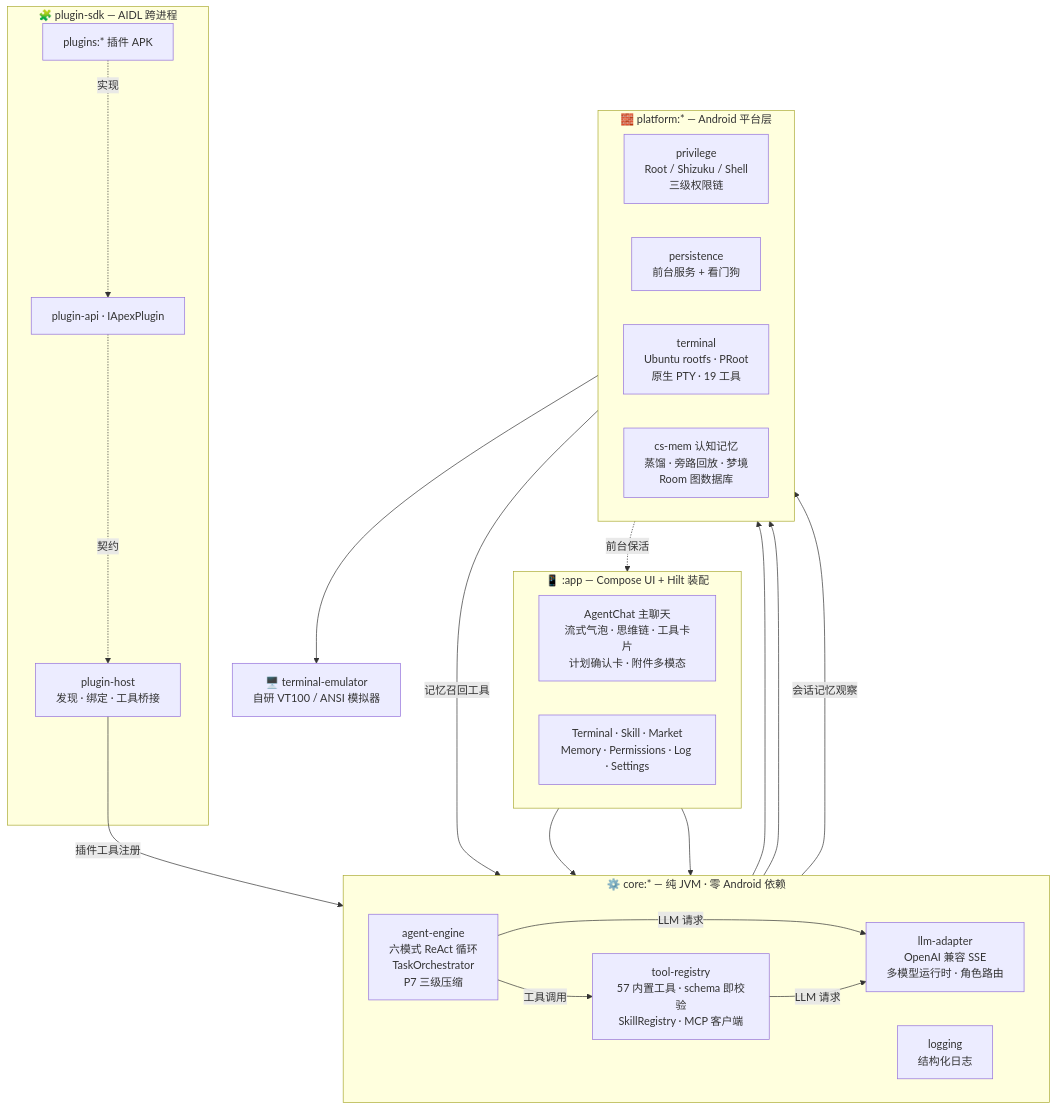
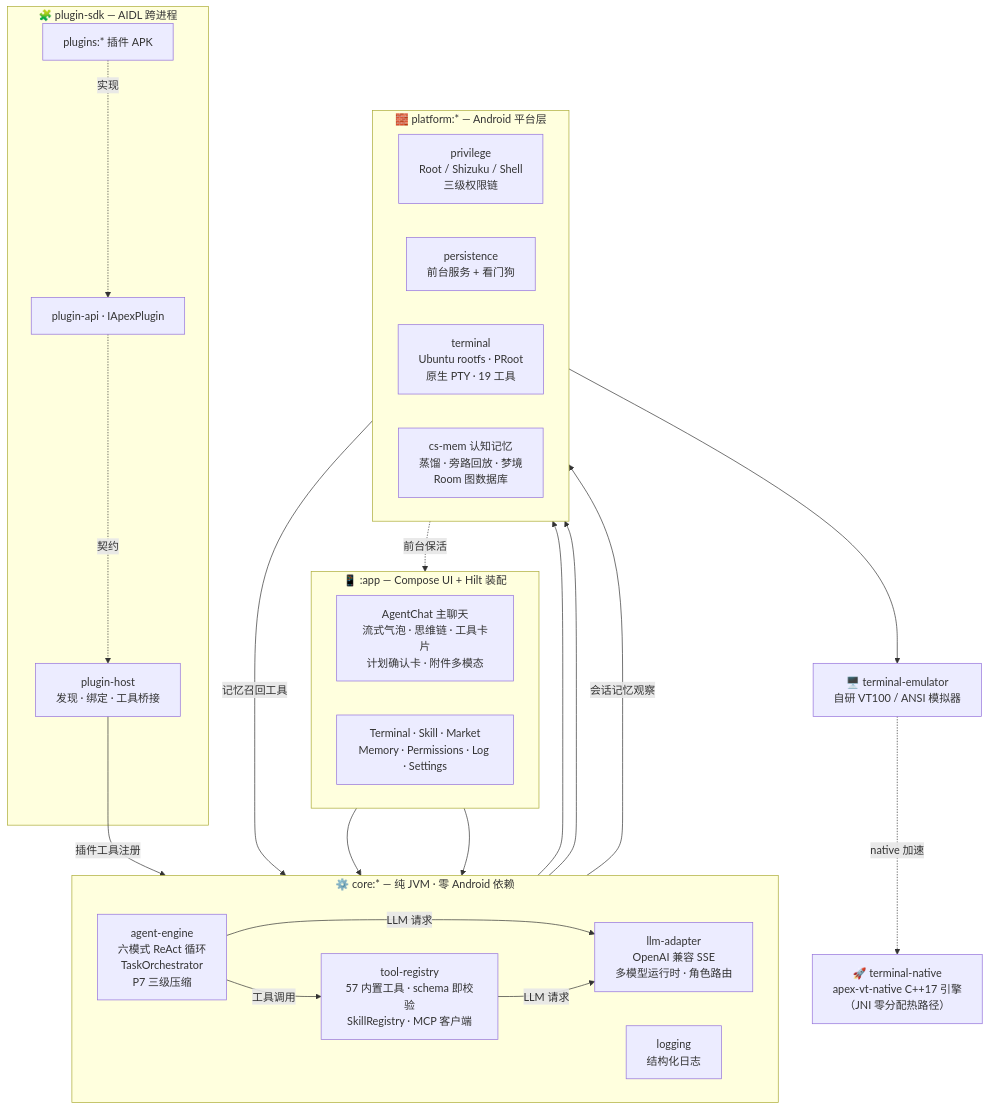
One commit to AceGuru-mjh/Android-Guru-Agent changed the first of 5 diagrams in README.md. Above: the diagram before and after it, drawn with Mermaid. The commit also changed other lines of this file and 25 other files, not shown here.

First line of the commit message:
feat(terminal-native): C++17 零分配 VT 引擎接入 —— apex-vt-native vendored + TerminalEngine 抽象 + 运行时回退工厂

````diff
--- a/README.md
+++ b/README.md
@@ -245,47 +245,49 @@
 ```mermaid
 flowchart TB
     subgraph APP["📱 :app — Compose UI + Hilt 装配"]
         direction LR
         CHAT["AgentChat 主聊天<br/>流式气泡 · 思维链 · 工具卡片<br/>计划确认卡 · 附件多模态"]
         SCREENS["Terminal · Skill · Market<br/>Memory · Permissions · Log · Settings"]
     end
 
     subgraph CORE["⚙️ core:* — 纯 JVM · 零 Android 依赖"]
         direction LR
         ENGINE["agent-engine<br/>六模式 ReAct 循环<br/>TaskOrchestrator<br/>P7 三级压缩"]
         TOOLS["tool-registry<br/>57 内置工具 · schema 即校验<br/>SkillRegistry · MCP 客户端"]
         LLM["llm-adapter<br/>OpenAI 兼容 SSE<br/>多模型运行时 · 角色路由"]
         LOGC["logging<br/>结构化日志"]
     end
 
     subgraph PLAT["🧱 platform:* — Android 平台层"]
         direction LR
         PRIV["privilege<br/>Root / Shizuku / Shell<br/>三级权限链"]
         PERSIST["persistence<br/>前台服务 + 看门狗"]
         TERM["terminal<br/>Ubuntu rootfs · PRoot<br/>原生 PTY · 19 工具"]
         CSMEM["cs-mem 认知记忆<br/>蒸馏 · 旁路回放 · 梦境<br/>Room 图数据库"]
     end
 
     VTE["🖥️ terminal-emulator<br/>自研 VT100 / ANSI 模拟器"]
+    VTN["🚀 terminal-native<br/>apex-vt-native C++17 引擎<br/>（JNI 零分配热路径）"]
 
     subgraph PLUG["🧩 plugin-sdk — AIDL 跨进程"]
         PAPI["plugin-api · IApexPlugin"]
         PHOST["plugin-host<br/>发现 · 绑定 · 工具桥接"]
         PLUGINS["plugins:* 插件 APK"]
     end
 
     CHAT --> ENGINE
     SCREENS --> ENGINE
     ENGINE -->|工具调用| TOOLS
     ENGINE -->|LLM 请求| LLM
     TOOLS -->|LLM 请求| LLM
     TOOLS --> PRIV
     TOOLS --> TERM
     CSMEM -->|记忆召回工具| TOOLS
     ENGINE -->|会话记忆观察| CSMEM
     TERM --> VTE
+    VTE -.native 加速.-> VTN
     PHOST -->|插件工具注册| TOOLS
     PERSIST -.前台保活.-> APP
     PAPI -.契约.-> PHOST
     PLUGINS -.实现.-> PAPI
 ```
````
